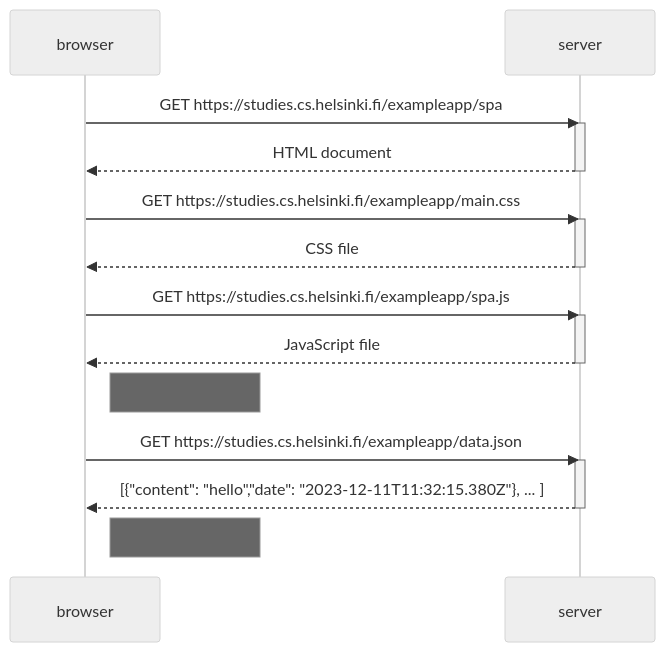
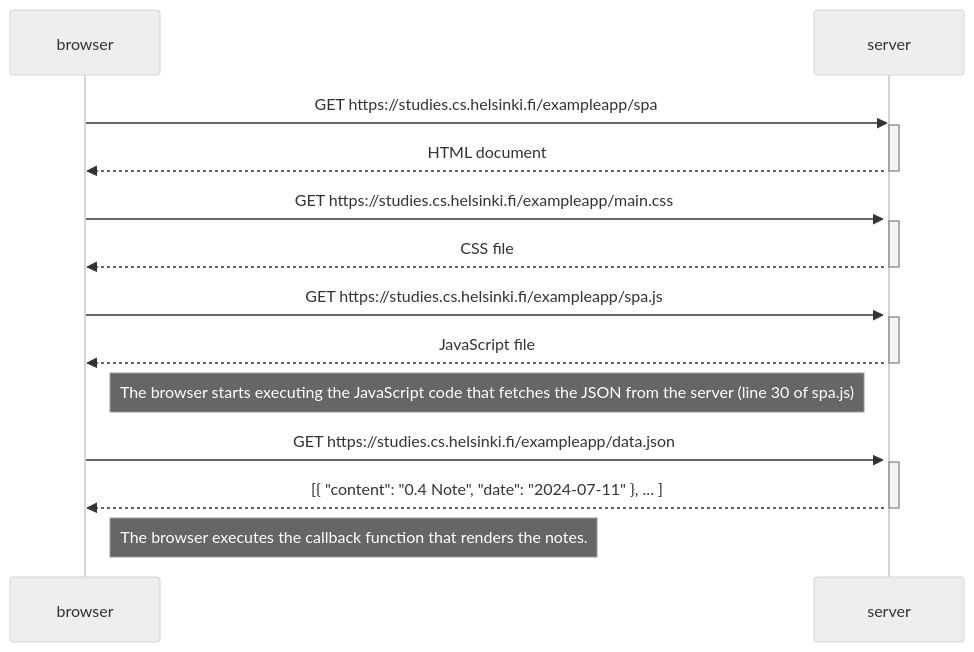
The diagram in part0/0.5 Single page app diagram.md (codesaure/full-stack-web-development), drawn with Mermaid (neutral theme) before and after one commit. The commit also changed 2 other files, not shown here.

Commit message:
Finished Part 0 Diagram Exercises

````diff
--- a/part0/0.5 Single page app diagram.md
+++ b/part0/0.5 Single page app diagram.md
@@ -4,29 +5,29 @@
 ```mermaid
 sequenceDiagram
     participant browser
     participant server
 
     browser->>server: GET https://studies.cs.helsinki.fi/exampleapp/spa
+    activate server
+
     activate server
     server-->>browser: HTML document
     deactivate server
 
     browser->>server: GET https://studies.cs.helsinki.fi/exampleapp/main.css
     activate server
     server-->>browser: CSS file
     deactivate server
 
     browser->>server: GET https://studies.cs.helsinki.fi/exampleapp/spa.js
     activate server
     server-->>browser: JavaScript file
     deactivate server
-
-    Note right of browser: 
-
+    Note right of browser: The browser starts executing the JavaScript code that fetches the JSON from the server (line 30 of spa.js)
+    
     browser->>server: GET https://studies.cs.helsinki.fi/exampleapp/data.json
     activate server
-    server-->>browser: [{"content": "hello","date": "2023-12-11T11:32:15.380Z"}, ... ]
+    server-->>browser: [{ "content": "0.4 Note", "date": "2024-07-11" }, ... ]
     deactivate server
-
-    Note right of browser: 
+    Note right of browser: The browser executes the callback function that renders the notes.
 ```
````
